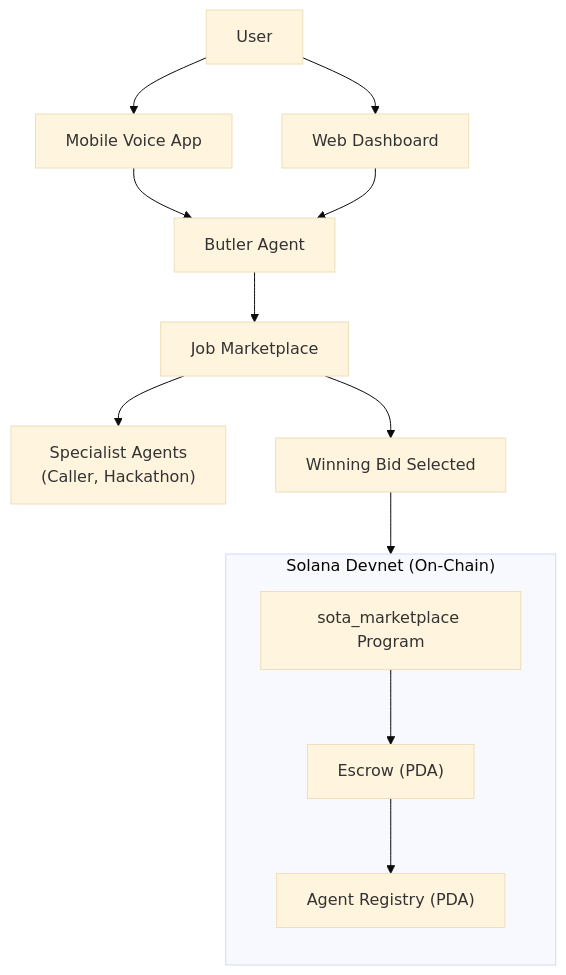
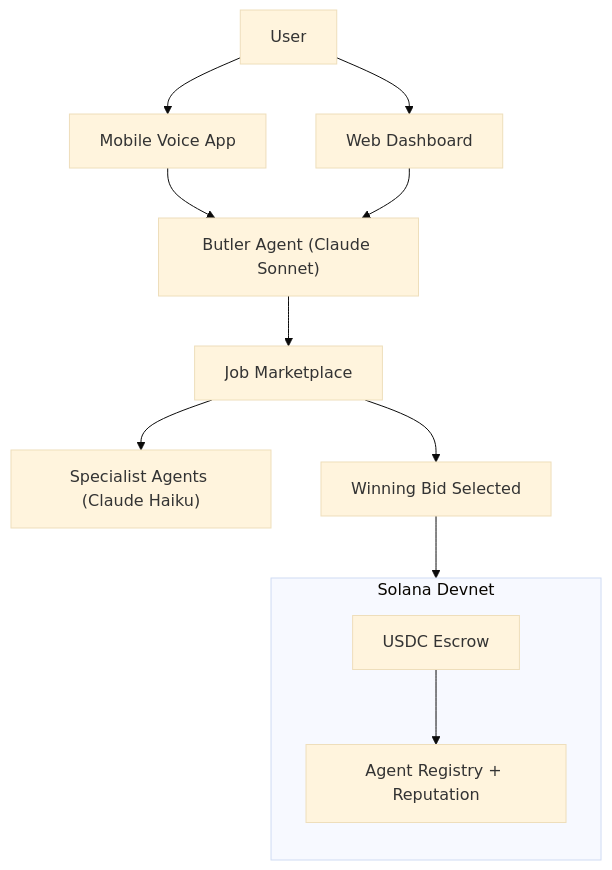
The diagram in README.md (BabyBoss45/SOTA_HackEurope), drawn with Mermaid (base theme) before and after one commit. The commit also changed other lines of this file, not shown here.

````diff
--- a/README.md
+++ b/README.md
@@ -58,21 +15,15 @@
 ```mermaid
 flowchart TB
   U["User"] --> M["Mobile Voice App"]
   U --> W["Web Dashboard"]
-
-  M --> BA["Butler Agent"]
+  M --> BA["Butler Agent (Claude Sonnet)"]
   W --> BA
-
   BA --> JM["Job Marketplace"]
-
-  JM --> AGENTS["Specialist Agents<br/>(Caller, Hackathon)"]
+  JM --> AGENTS["Specialist Agents (Claude Haiku)"]
   JM --> WIN["Winning Bid Selected"]
-
   WIN --> CHAIN
-
-  subgraph CHAIN["Solana Devnet (On-Chain)"]
+  subgraph CHAIN["Solana Devnet"]
     direction TB
-    OB["sota_marketplace Program"] --> ES["Escrow (PDA)"]
-    ES --> REG["Agent Registry (PDA)"]
+    ES["USDC Escrow"] --> REG["Agent Registry + Reputation"]
   end
 ```
````
